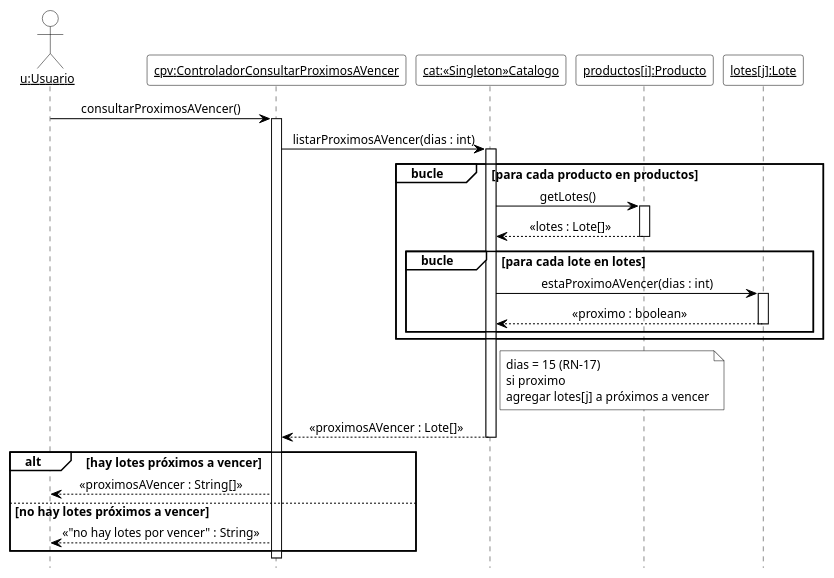
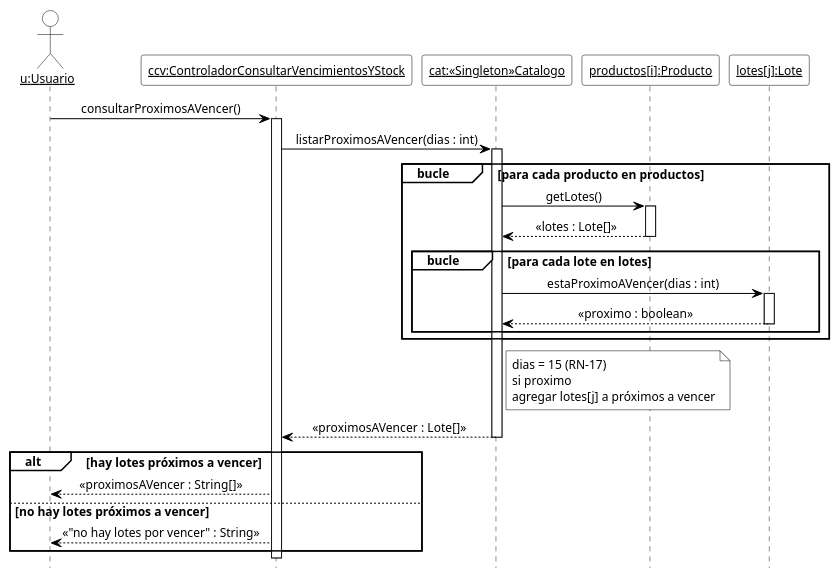
The diagram in 08-Diagrama De Secuencia/DSD_CU-09_consultarProximosAVencer.puml (cirotop/Stock-Project), drawn with PlantUML before and after one commit. The commit also changed 8 other files, not shown here.

```diff
--- a/08-Diagrama De Secuencia/DSD_CU-09_consultarProximosAVencer.puml
+++ b/08-Diagrama De Secuencia/DSD_CU-09_consultarProximosAVencer.puml
@@ -1,53 +1,53 @@
 @startuml DSD_CU-09_consultarProximosAVencer
 ' Diagrama de Secuencia de Diseño (DSD) - CU-09 Consultar vencimientos y stock vencido - consultarProximosAVencer
 ' Estilo de los ejemplos de la teoría (introducirArticulo / crearNuevaVenta).
 hide footbox
 skinparam shadowing false
 skinparam defaultFontName Arial
 skinparam defaultFontSize 12
 skinparam sequenceMessageAlign center
 skinparam ArrowColor black
 skinparam ParticipantBackgroundColor white
 skinparam ParticipantBorderColor black
 skinparam CollectionsBackgroundColor white
 skinparam CollectionsBorderColor black
 skinparam ActorBackgroundColor white
 skinparam ActorBorderColor black
 skinparam LifeLineBorderColor black
 skinparam LifeLineBackgroundColor white
 skinparam SequenceGroupBackgroundColor white
 skinparam SequenceGroupBorderColor black
 skinparam SequenceGroupHeaderFontColor black
 skinparam NoteBackgroundColor white
 skinparam NoteBorderColor black
 
 actor "<u>u:Usuario</u>" as u
-participant "<u>cpv:ControladorConsultarProximosAVencer</u>" as cpv
+participant "<u>ccv:ControladorConsultarVencimientosYStock</u>" as cpv
 participant "<u>cat:«Singleton»Catalogo</u>" as cat
 participant "<u>productos[i]:Producto</u>" as pi
 participant "<u>lotes[j]:Lote</u>" as li
 
 u -> cpv ++ : consultarProximosAVencer()
 cpv -> cat ++ : listarProximosAVencer(dias : int)
 group bucle [para cada producto en productos]
   cat -> pi ++ : getLotes()
   pi --> cat -- : «lotes : Lote[]»
   group bucle [para cada lote en lotes]
     cat -> li ++ : estaProximoAVencer(dias : int)
     li --> cat -- : «proximo : boolean»
   end
 end
 note right of cat
   dias = 15 (RN-17)
   si proximo
   agregar lotes[j] a próximos a vencer
 end note
 cat --> cpv -- : «proximosAVencer : Lote[]»
 alt hay lotes próximos a vencer
   cpv --> u : «proximosAVencer : String[]»
 else no hay lotes próximos a vencer
   cpv --> u : «"no hay lotes por vencer" : String»
 end
 deactivate cpv
 
 @enduml
```
